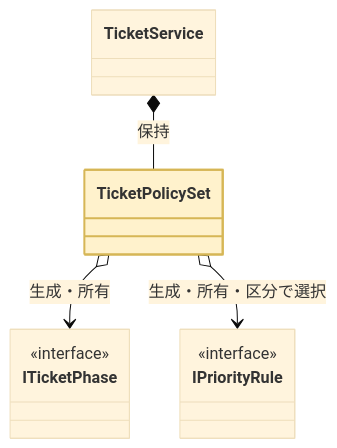
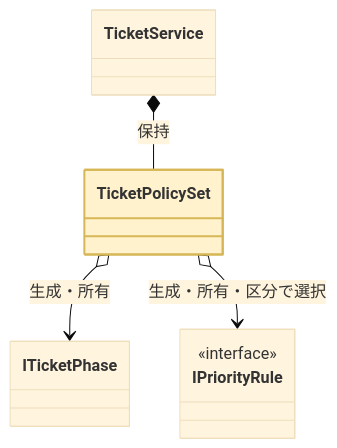
Before and after one commit to kumachan1101-pixel/DesignPattern: diagram 14 of 22 in kindle/design-patterns/output/chapter09_2.md, drawn with Mermaid (base theme). The commit also changed other lines of this file and 30 other files, not shown here.

````diff
--- a/kindle/design-patterns/output/chapter09_2.md
+++ b/kindle/design-patterns/output/chapter09_2.md
@@ -2087,12 +2099,12 @@
 ```mermaid
 classDiagram
     class TicketService
     class TicketPolicySet
-    class ITicketPhase { <<interface>> }
+    class ITicketPhase
     class IPriorityRule { <<interface>> }
     TicketService *-- TicketPolicySet : 保持
     TicketPolicySet o--> ITicketPhase : 生成・所有
     TicketPolicySet o--> IPriorityRule : 生成・所有・区分で選択
     class TicketPolicySet:::focus
     classDef focus fill:#FFF2CC,stroke:#D6B656,stroke-width:2px
 ```
````
